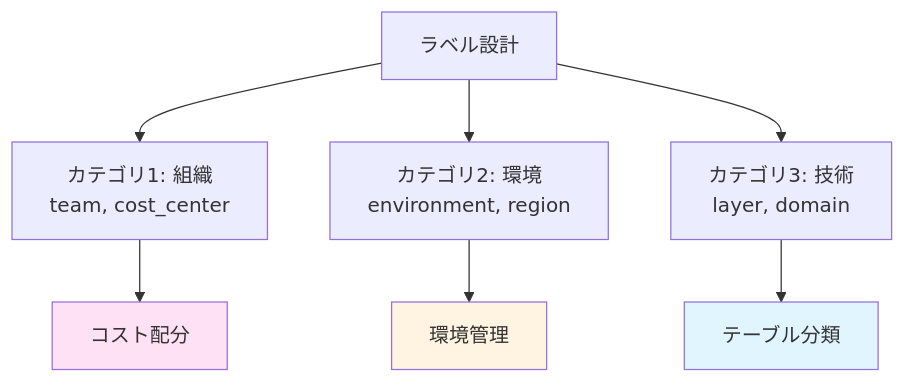
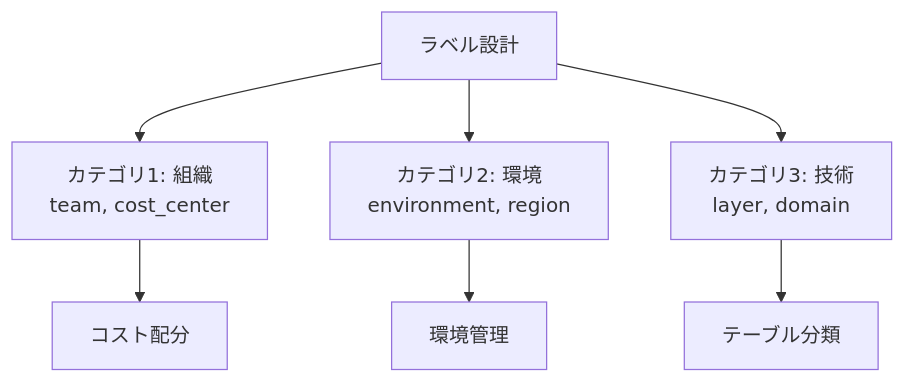
The first of 3 diagrams in content/Tech/dbt/categories/models/advanced-settings.md (1210yuichi0/1210yuichi0.github.io), drawn with Mermaid before and after one commit. The commit also changed other lines of this file and 22 other files, not shown here.

First line of the commit message:
style: remove Mermaid style directives for dark mode compatibility

````diff
--- a/content/Tech/dbt/categories/models/advanced-settings.md
+++ b/content/Tech/dbt/categories/models/advanced-settings.md
@@ -94,14 +94,11 @@
 ```mermaid
 graph TD
     Start[ラベル設計] --> Cat1[カテゴリ1: 組織<br/>team, cost_center]
     Start --> Cat2[カテゴリ2: 環境<br/>environment, region]
     Start --> Cat3[カテゴリ3: 技術<br/>layer, domain]
 
     Cat1 --> Use1[コスト配分]
     Cat2 --> Use2[環境管理]
     Cat3 --> Use3[テーブル分類]
 
-    style Use1 fill:#ffe1f5
-    style Use2 fill:#fff4e1
-    style Use3 fill:#e1f5ff
 ```
````
